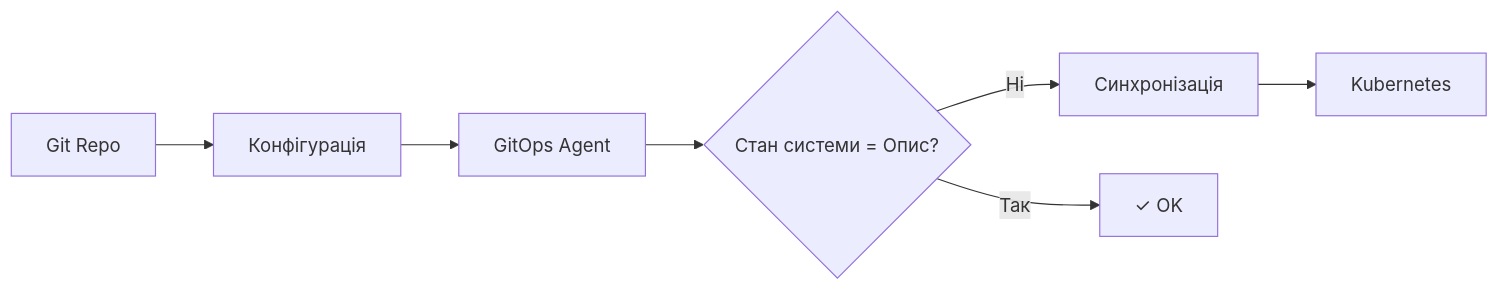
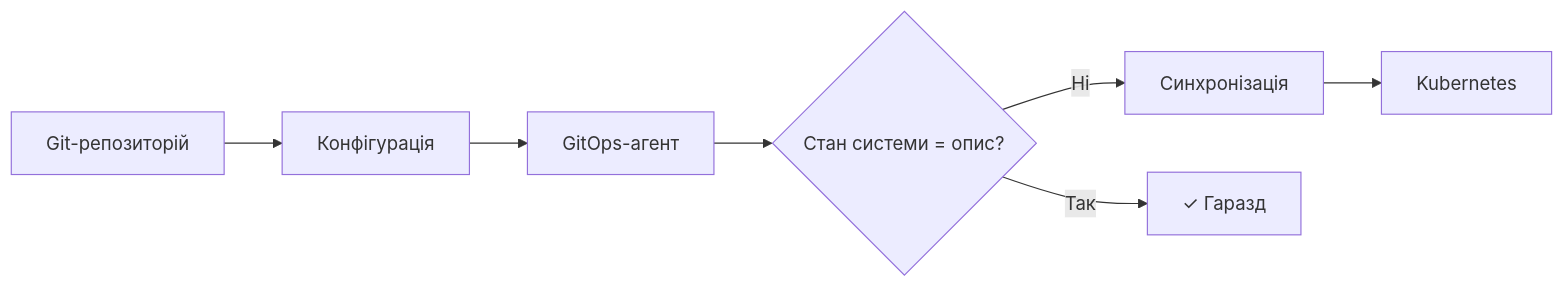
Before and after one commit to olroi421/course-opi-v2: diagram 11 of 11 in presentations/presentation-13.md, drawn with Mermaid. The commit also changed other lines of this file and 9 other files, not shown here.

````diff
--- a/presentations/presentation-13.md
+++ b/presentations/presentation-13.md
@@ -502,9 +570,9 @@
 ```mermaid
 graph LR
-    A[Git Repo] --> B[Конфігурація]
-    B --> C[GitOps Agent]
-    C --> D{Стан системи = Опис?}
+    A[Git-репозиторій] --> B[Конфігурація]
+    B --> C[GitOps-агент]
+    C --> D{Стан системи = опис?}
     D -->|Ні| E[Синхронізація]
     E --> F[Kubernetes]
-    D -->|Так| G[✓ OK]
+    D -->|Так| G[✓ Гаразд]
 ```
````
